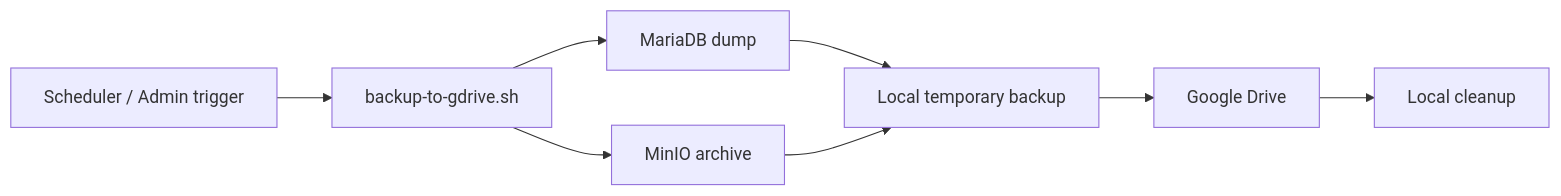
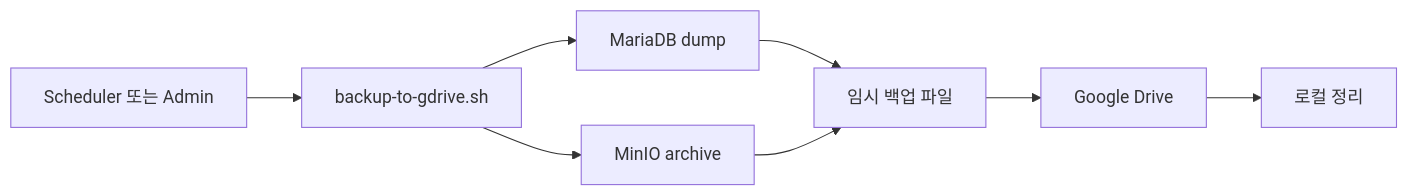
Before and after one commit to chefbeom/TravelLedger: the sixth of 6 diagrams in README.md, drawn with Mermaid. The commit also changed other lines of this file and 8 other files, not shown here.

````diff
--- a/README.md
+++ b/README.md
@@ -495,18 +495,10 @@
 ```mermaid
 flowchart LR
-  scheduler["Scheduler / Admin trigger"]
-  backup["backup-to-gdrive.sh"]
-  db["MariaDB dump"]
-  minio["MinIO archive"]
-  local["Local temporary backup"]
-  drive["Google Drive"]
-  cleanup["Local cleanup"]
-
-  scheduler --> backup
-  backup --> db
-  backup --> minio
-  db --> local
-  minio --> local
-  local --> drive
-  drive --> cleanup
+  trigger["Scheduler 또는 Admin"] --> script["backup-to-gdrive.sh"]
+  script --> dbdump["MariaDB dump"]
+  script --> minioarchive["MinIO archive"]
+  dbdump --> local["임시 백업 파일"]
+  minioarchive --> local
+  local --> drive["Google Drive"]
+  drive --> cleanup["로컬 정리"]
 ```
````
